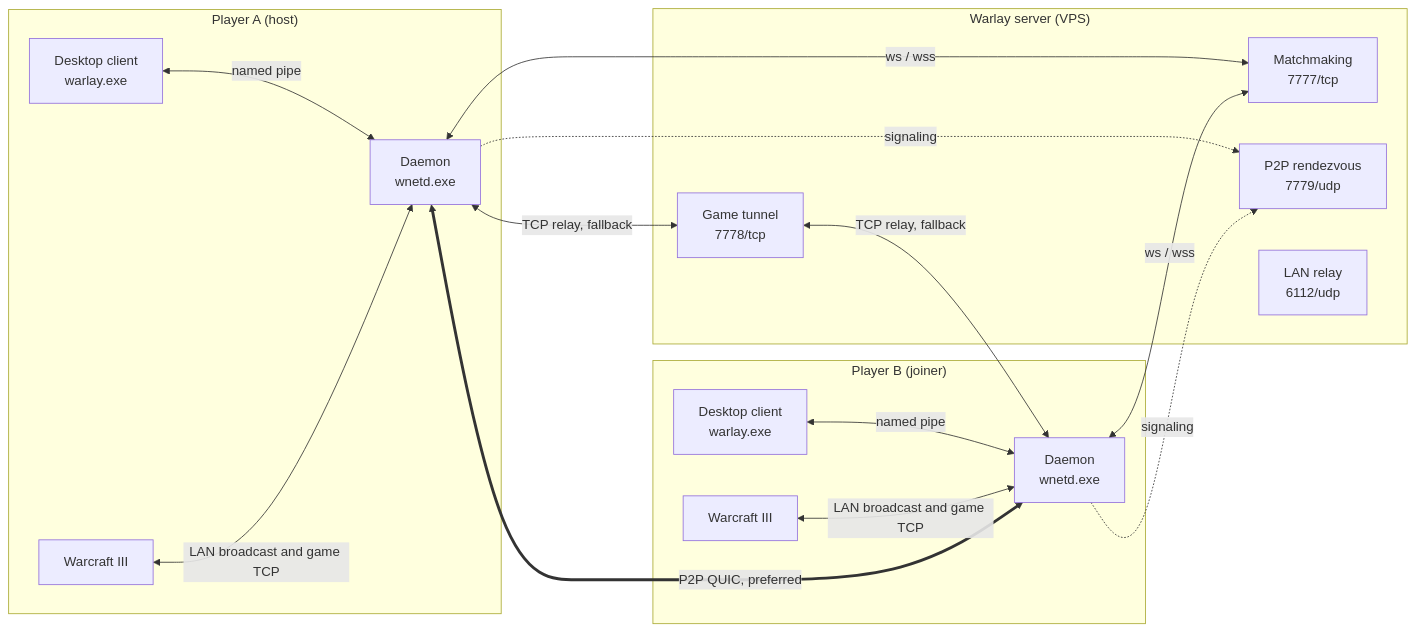
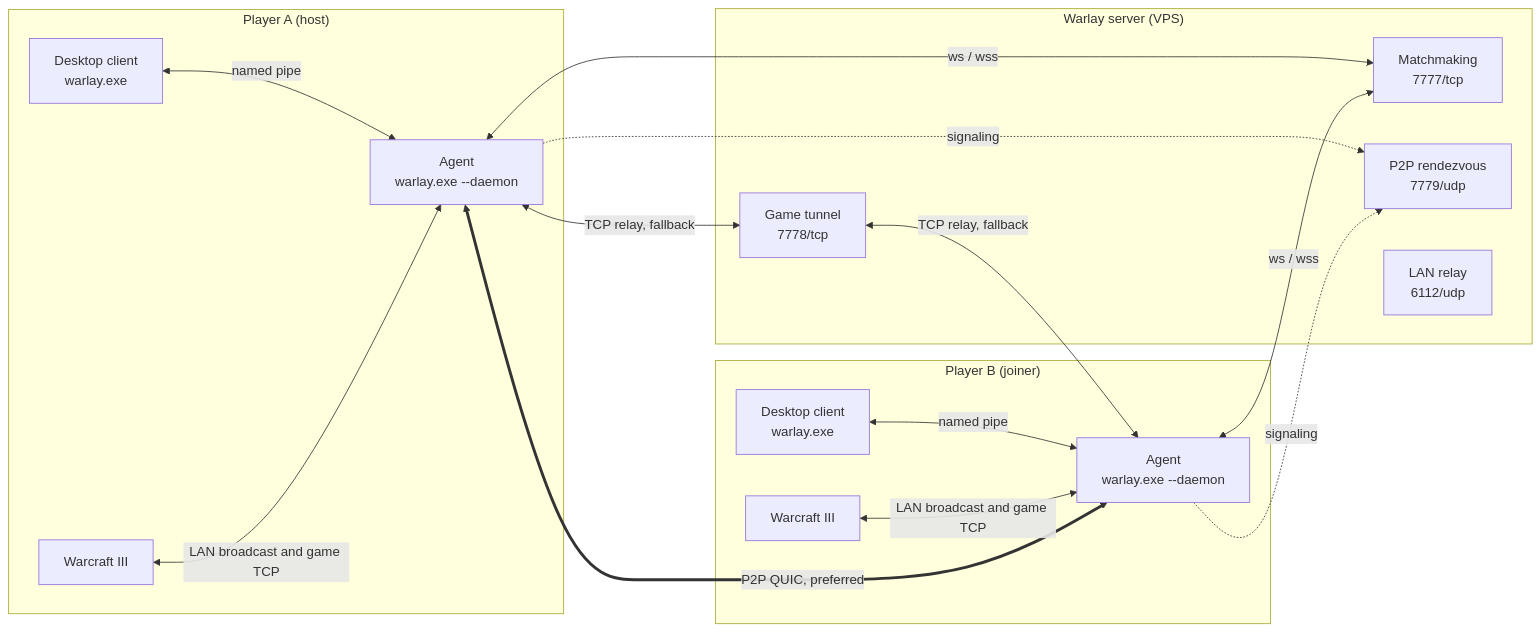
Before and after one commit to jhonsferg/warlay: the first of 4 diagrams in README.md, drawn with Mermaid. The commit also changed other lines of this file and 11 other files, not shown here.

````diff
--- a/README.md
+++ b/README.md
@@ -70,35 +70,35 @@
 ```mermaid
 flowchart LR
     subgraph host["Player A (host)"]
         hostGame["Warcraft III"]
         hostUi["Desktop client<br/>warlay.exe"]
-        hostDaemon["Daemon<br/>wnetd.exe"]
+        hostDaemon["Agent<br/>warlay.exe --daemon"]
     end
 
     subgraph hub["Warlay server (VPS)"]
         matchmaking["Matchmaking<br/>7777/tcp"]
         tunnel["Game tunnel<br/>7778/tcp"]
         rendezvous["P2P rendezvous<br/>7779/udp"]
         lanRelay["LAN relay<br/>6112/udp"]
     end
 
     subgraph joiner["Player B (joiner)"]
         joinerGame["Warcraft III"]
         joinerUi["Desktop client<br/>warlay.exe"]
-        joinerDaemon["Daemon<br/>wnetd.exe"]
+        joinerDaemon["Agent<br/>warlay.exe --daemon"]
     end
 
     hostUi <-->|named pipe| hostDaemon
     joinerUi <-->|named pipe| joinerDaemon
     hostGame <-->|LAN broadcast and game TCP| hostDaemon
     joinerGame <-->|LAN broadcast and game TCP| joinerDaemon
 
     hostDaemon <-->|ws / wss| matchmaking
     joinerDaemon <-->|ws / wss| matchmaking
     hostDaemon -.->|signaling| rendezvous
     joinerDaemon -.->|signaling| rendezvous
 
     hostDaemon <==>|P2P QUIC, preferred| joinerDaemon
     hostDaemon <-->|TCP relay, fallback| tunnel
     tunnel <-->|TCP relay, fallback| joinerDaemon
 ```
````
